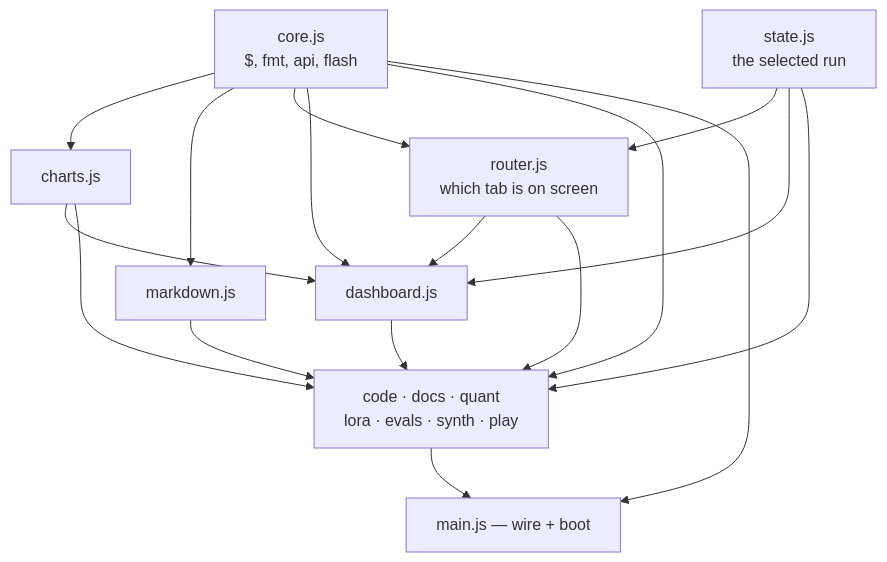
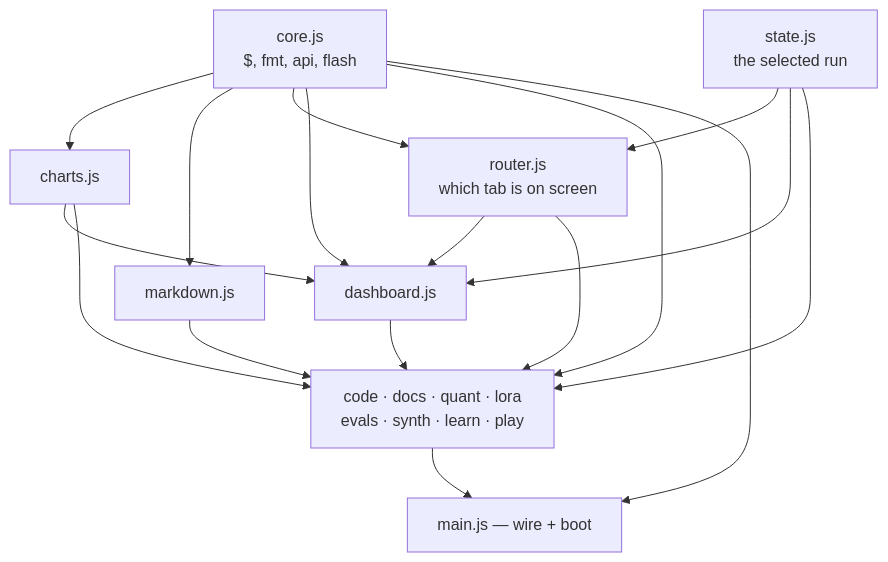
One commit to kunwarmahen/aksharallm changed the sixth of 6 diagrams in docs/09-running-and-watching.md. Above: the diagram before and after it, drawn with Mermaid. The commit also changed other lines of this file and 35 other files, not shown here.

````diff
--- a/docs/09-running-and-watching.md
+++ b/docs/09-running-and-watching.md
@@ -314,19 +321,19 @@
 ```mermaid
 flowchart TD
     core["core.js<br/>$, fmt, api, flash"]
     state["state.js<br/>the selected run"]
     router["router.js<br/>which tab is on screen"]
     charts["charts.js"]
     md["markdown.js"]
     dash["dashboard.js"]
-    tabs["code · docs · quant<br/>lora · evals · synth · play"]
+    tabs["code · docs · quant · lora<br/>evals · synth · learn · play"]
     main["main.js — wire + boot"]
 
     core --> charts & md & router & dash & tabs & main
     state --> router & dash & tabs
     router --> dash & tabs
     charts --> dash & tabs
     md --> tabs
     dash --> tabs
     tabs --> main
 ```
````
